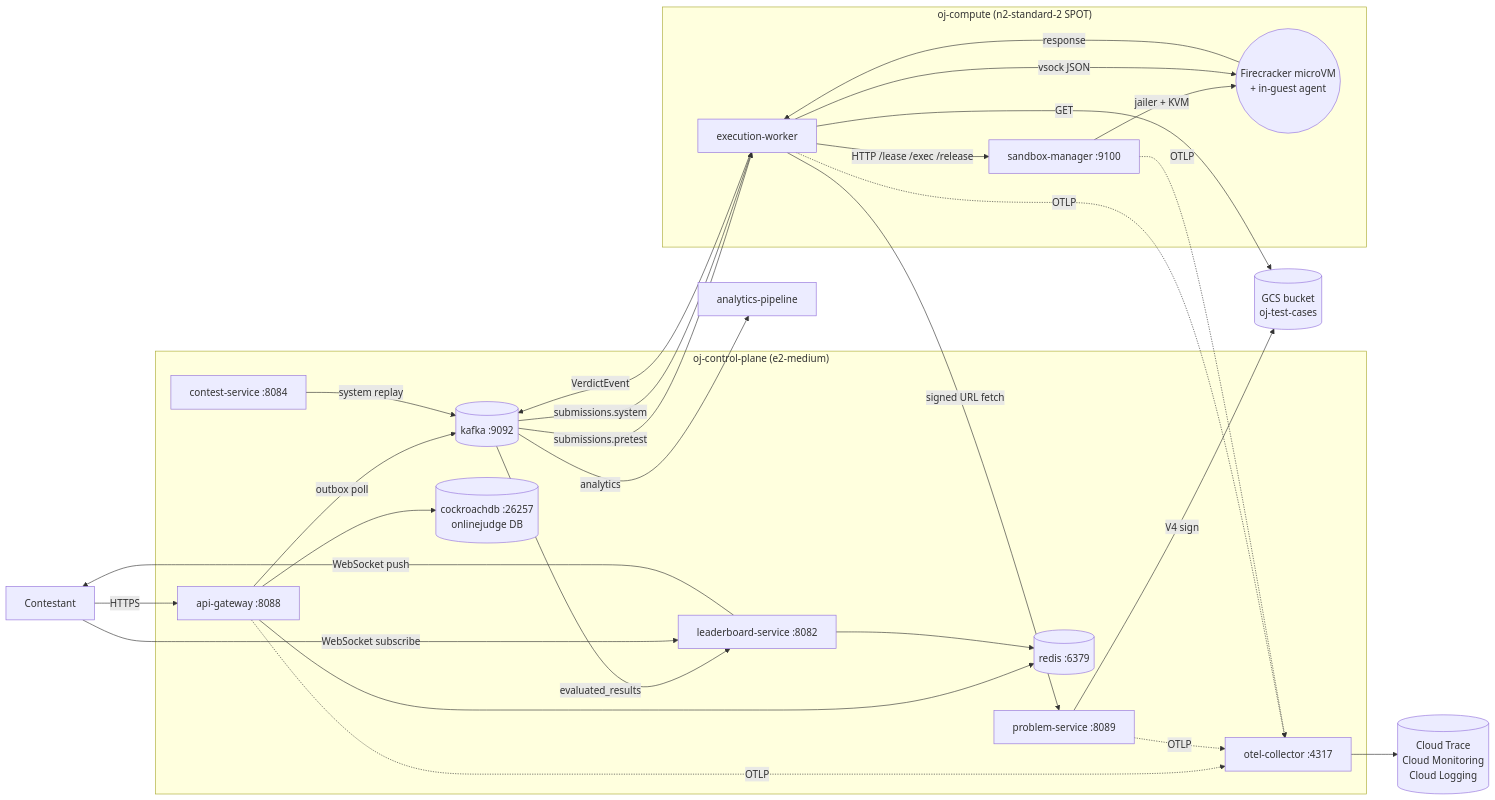
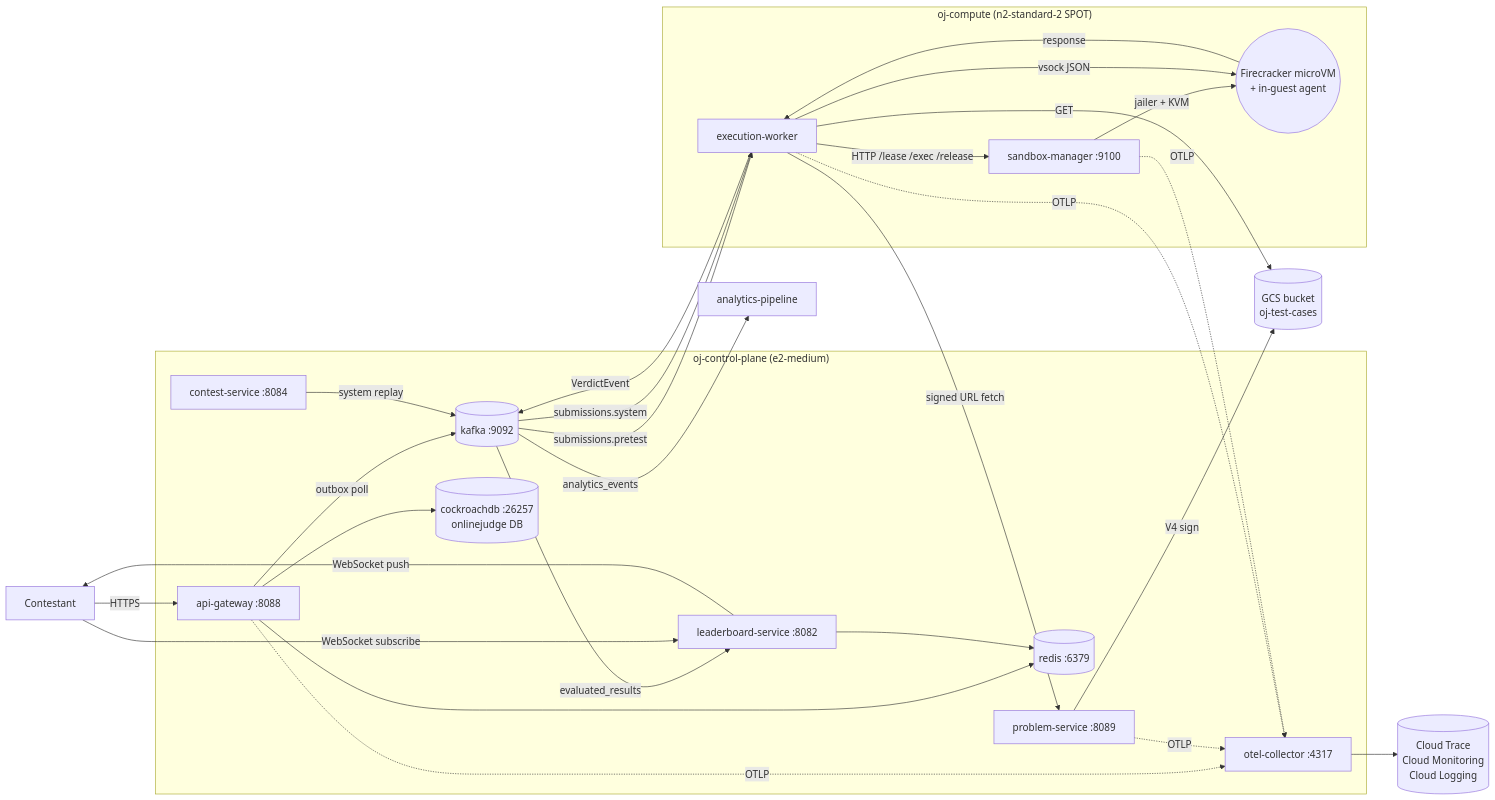
Before and after one commit to hemantkgupta/online-judge-at-scale: the first of 3 diagrams in docs/tech-spec.md, drawn with Mermaid. The commit also changed other lines of this file and 5 other files, not shown here.

````diff
--- a/docs/tech-spec.md
+++ b/docs/tech-spec.md
@@ -83,60 +83,60 @@
 ```mermaid
 graph LR
   U[Contestant]
   AG["api-gateway :8088"]
   K[("kafka :9092")]
   R[("redis :6379")]
   CRDB[("cockroachdb :26257<br/>onlinejudge DB")]
   PS["problem-service :8089"]
   CS["contest-service :8084"]
   LB["leaderboard-service :8082"]
   OTel["otel-collector :4317"]
   EW["execution-worker"]
   SM["sandbox-manager :9100"]
   FC(("Firecracker microVM<br/>+ in-guest agent"))
   AN["analytics-pipeline"]
   GCS[("GCS bucket<br/>oj-test-cases")]
   GCP[("Cloud Trace<br/>Cloud Monitoring<br/>Cloud Logging")]
 
   U -->|HTTPS| AG
   AG -->|outbox poll| K
   AG --> R
   AG --> CRDB
   K -->|submissions.pretest| EW
   K -->|submissions.system| EW
   CS -->|system replay| K
   EW -->|"HTTP /lease /exec /release"| SM
   SM -->|jailer + KVM| FC
   EW -->|vsock JSON| FC
   FC -->|response| EW
   EW -->|signed URL fetch| PS
   PS -->|V4 sign| GCS
   EW -->|GET| GCS
   EW -->|VerdictEvent| K
   K -->|evaluated_results| LB
   LB --> R
   LB -->|WebSocket push| U
   U -->|WebSocket subscribe| LB
-  K -->|analytics| AN
+  K -->|analytics_events| AN
   AG -.OTLP.-> OTel
   PS -.OTLP.-> OTel
   EW -.OTLP.-> OTel
   SM -.OTLP.-> OTel
   OTel --> GCP
 
   subgraph CP["oj-control-plane (e2-medium)"]
     AG
     K
     R
     CRDB
     PS
     CS
     LB
     OTel
   end
   subgraph CM["oj-compute (n2-standard-2 SPOT)"]
     EW
     SM
     FC
   end
 ```
````
